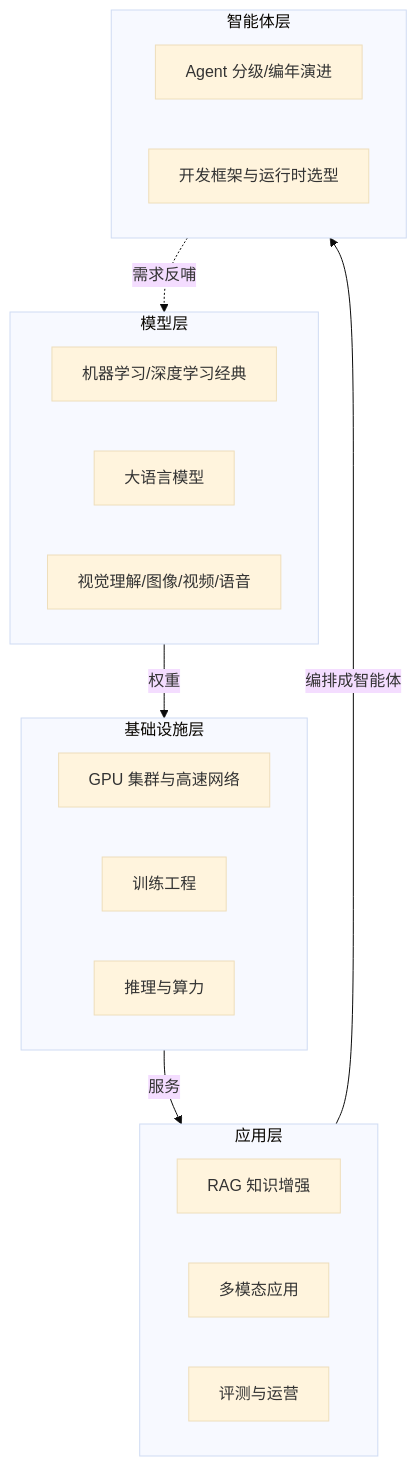
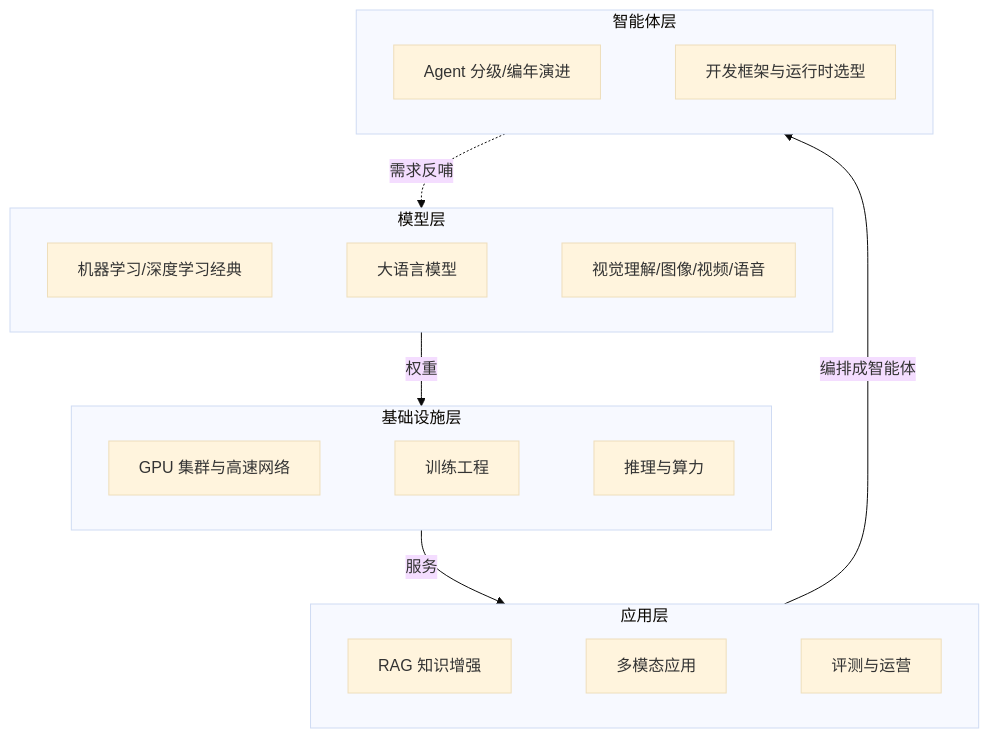
One commit to shuifans/cloud-ai-knowledge-base changed the diagram in docs/ai/index.md. Above: the diagram before and after it, drawn with Mermaid (base theme). The commit also changed 7 other files, not shown here.

First line of the commit message:
修复: Mermaid 图呈现治理（全局渲染配置与导读页全景图布局）

````diff
--- a/docs/ai/index.md
+++ b/docs/ai/index.md
@@ -12,25 +12,33 @@
 ```mermaid
 flowchart TB
   subgraph 模型层
+    direction LR
     M1[机器学习/深度学习经典]
     M2[大语言模型]
     M3[视觉理解/图像/视频/语音]
+    M1 ~~~ M2 ~~~ M3
   end
   subgraph 基础设施层
+    direction LR
     I1[GPU 集群与高速网络]
     I2[训练工程]
     I3[推理与算力]
+    I1 ~~~ I2 ~~~ I3
   end
   subgraph 应用层
+    direction LR
     A1[RAG 知识增强]
     A2[多模态应用]
     A3[评测与运营]
+    A1 ~~~ A2 ~~~ A3
   end
   subgraph 智能体层
+    direction LR
     G1[Agent 分级/编年演进]
     G2[开发框架与运行时选型]
+    G1 ~~~ G2
   end
   模型层 -->|权重| 基础设施层 -->|服务| 应用层
   应用层 -->|编排成智能体| 智能体层
   智能体层 -.需求反哺.-> 模型层
 ```
````
